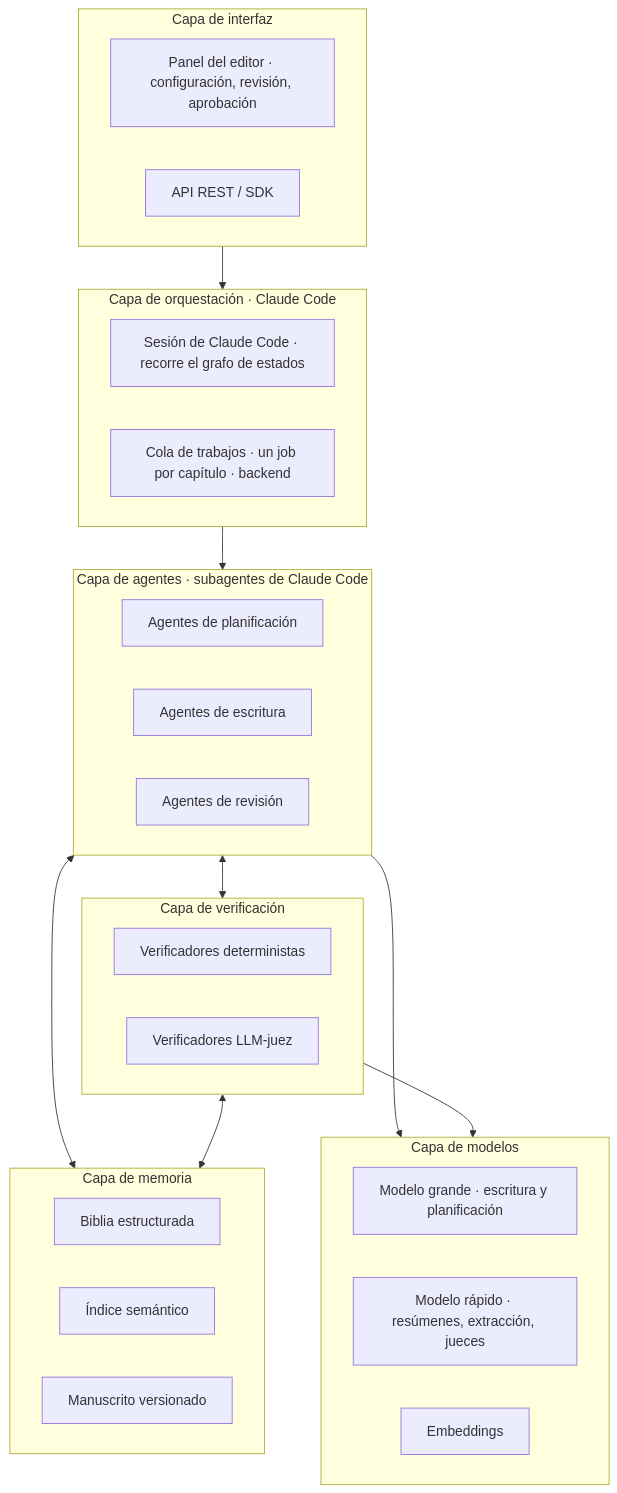
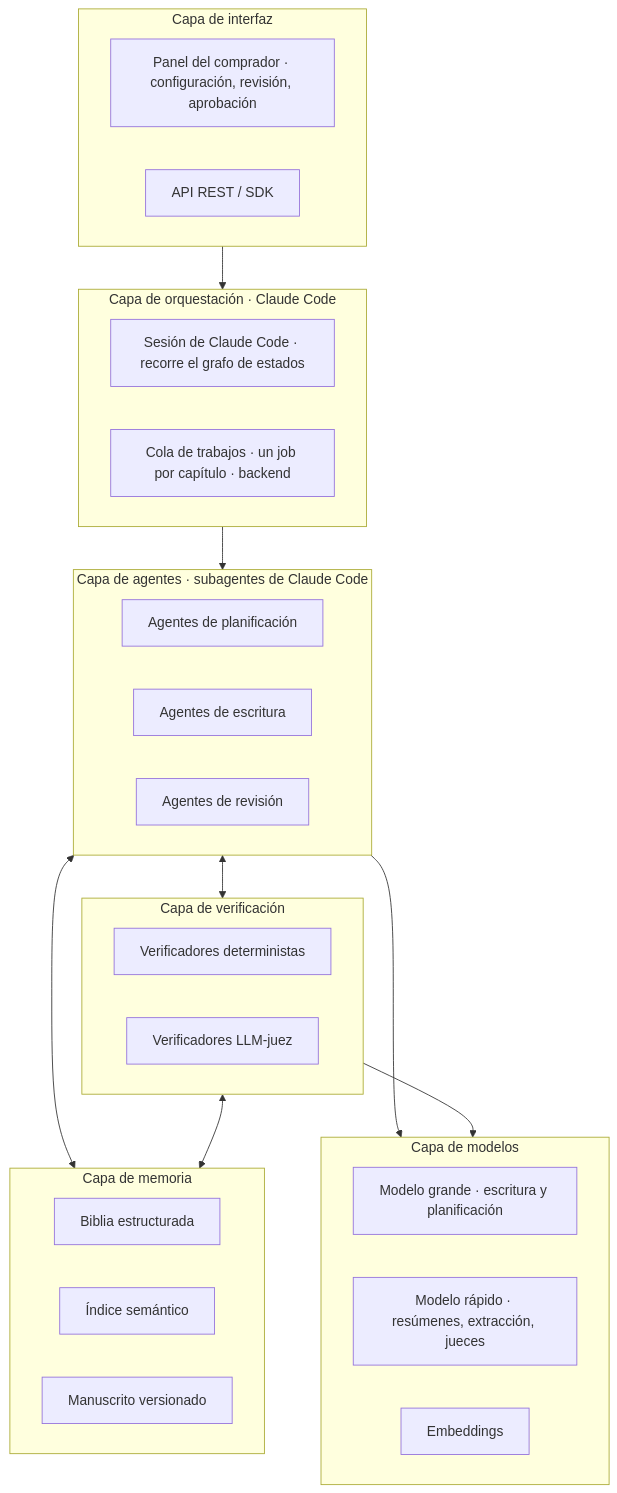
The first of 10 diagrams in docs/architecture.md (Asieribarz/my-story-marker), drawn with Mermaid before and after one commit. The commit also changed other lines of this file and 6 other files, not shown here.

````diff
--- a/docs/architecture.md
+++ b/docs/architecture.md
@@ -9,36 +9,36 @@
 ```mermaid
 flowchart TB
   subgraph UI["Capa de interfaz"]
-    U1["Panel del editor · configuración, revisión, aprobación"]
+    U1["Panel del comprador · configuración, revisión, aprobación"]
     U2["API REST / SDK"]
   end
   subgraph ORQ["Capa de orquestación · Claude Code"]
     O1["Sesión de Claude Code · recorre el grafo de estados"]
     O2["Cola de trabajos · un job por capítulo · backend"]
   end
   subgraph AG["Capa de agentes · subagentes de Claude Code"]
     A1["Agentes de planificación"]
     A2["Agentes de escritura"]
     A3["Agentes de revisión"]
   end
   subgraph VER["Capa de verificación"]
     V1["Verificadores deterministas"]
     V2["Verificadores LLM-juez"]
   end
   subgraph MEM["Capa de memoria"]
     M1["Biblia estructurada"]
     M2["Índice semántico"]
     M3["Manuscrito versionado"]
   end
   subgraph LLM["Capa de modelos"]
     L1["Modelo grande · escritura y planificación"]
     L2["Modelo rápido · resúmenes, extracción, jueces"]
     L3["Embeddings"]
   end
   UI --> ORQ --> AG
   AG <--> VER
   AG <--> MEM
   VER <--> MEM
   AG --> LLM
   VER --> LLM
 ```
````
